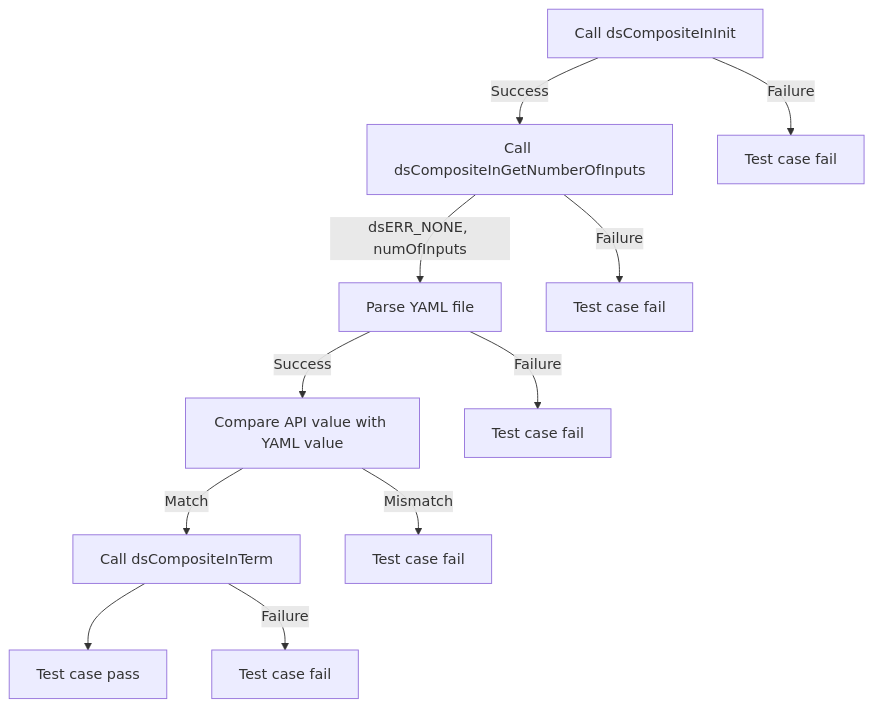
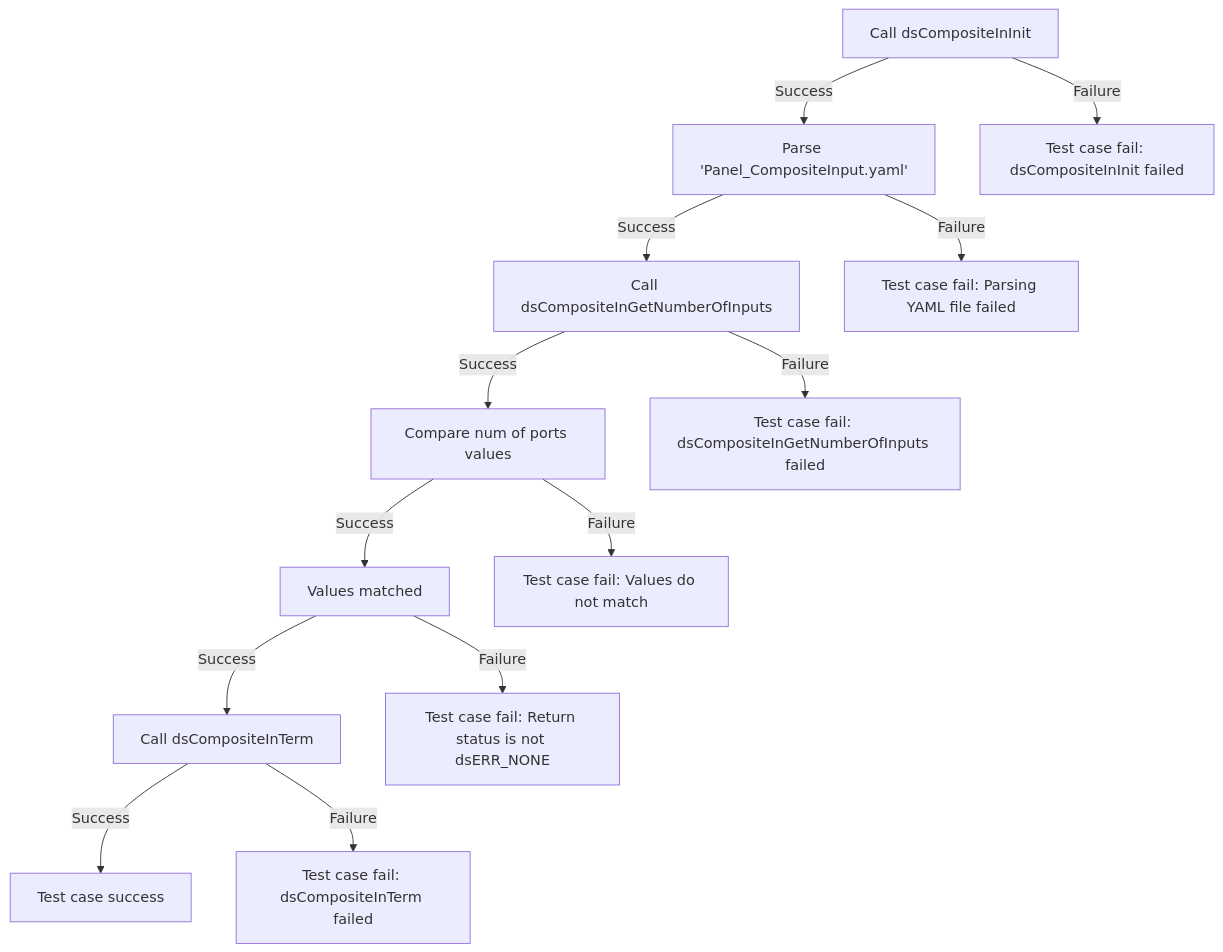
The first of 3 diagrams in docs/pages/dsCompositeIn_L2_Low-Level_TestSpecification.md (rdkcentral/rdk-halif-test-device_settings), drawn with Mermaid before and after one commit. The commit also changed other lines of this file and 6 other files, not shown here.

````diff
--- a/docs/pages/dsCompositeIn_L2_Low-Level_TestSpecification.md
+++ b/docs/pages/dsCompositeIn_L2_Low-Level_TestSpecification.md
@@ -66,13 +65,15 @@
 ```mermaid
 graph TB
-A[Call dsCompositeInInit] -->|Success| B[Call dsCompositeInGetNumberOfInputs]
-A -->|Failure| A1[Test case fail]
-B -->|dsERR_NONE, numOfInputs| C[Parse YAML file]
-B -->|Failure| B1[Test case fail]
-C --> |Success|D[Compare API value with YAML value]
-C -->|Failure| C1[Test case fail]
-D -->|Match| E[Call dsCompositeInTerm]
-D -->|Mismatch| D1[Test case fail]
-E --> F[Test case pass]
-E -->|Failure| E1[Test case fail]
+A[Call dsCompositeInInit] -->|Success| B[Parse 'Panel_CompositeInput.yaml']
+A -->|Failure| A1[Test case fail: dsCompositeInInit failed]
+B -->|Success| C[Call dsCompositeInGetNumberOfInputs]
+B -->|Failure| B1[Test case fail: Parsing YAML file failed]
+C -->|Success| D[Compare num of ports values]
+C -->|Failure| C1[Test case fail: dsCompositeInGetNumberOfInputs failed]
+D -->|Success| E[Values matched]
+D -->|Failure| D1[Test case fail: Values do not match]
+E -->|Success| F[Call dsCompositeInTerm]
+E -->|Failure| E1[Test case fail: Return status is not dsERR_NONE]
+F -->|Success| G[Test case success]
+F -->|Failure| F1[Test case fail: dsCompositeInTerm failed]
 ```
````
